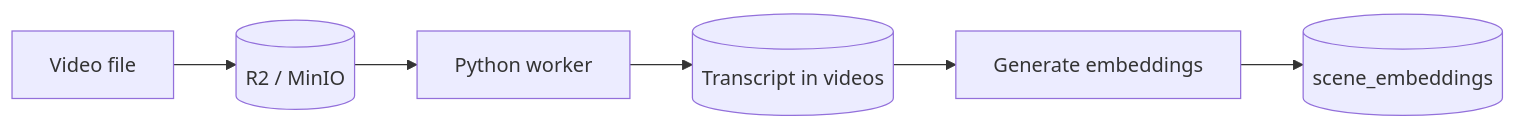
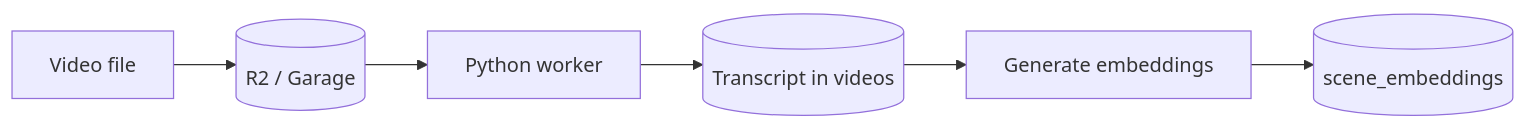
The first of 2 diagrams in docs/database/data-flow-diagram.md (yukiharada1228/videoq), drawn with Mermaid before and after one commit. The commit also changed 30 other files, not shown here.

Commit message:
chore: replace local MinIO storage with Garage

````diff
--- a/docs/database/data-flow-diagram.md
+++ b/docs/database/data-flow-diagram.md
@@ -12,8 +12,8 @@
 ```mermaid
 flowchart LR
-    File[Video file] --> Store[(R2 / MinIO)]
+    File[Video file] --> Store[(R2 / Garage)]
     Store --> Worker[Python worker]
     Worker --> Transcript[(Transcript in videos)]
     Transcript --> Index[Generate embeddings]
     Index --> Scenes[(scene_embeddings)]
 ```
````
